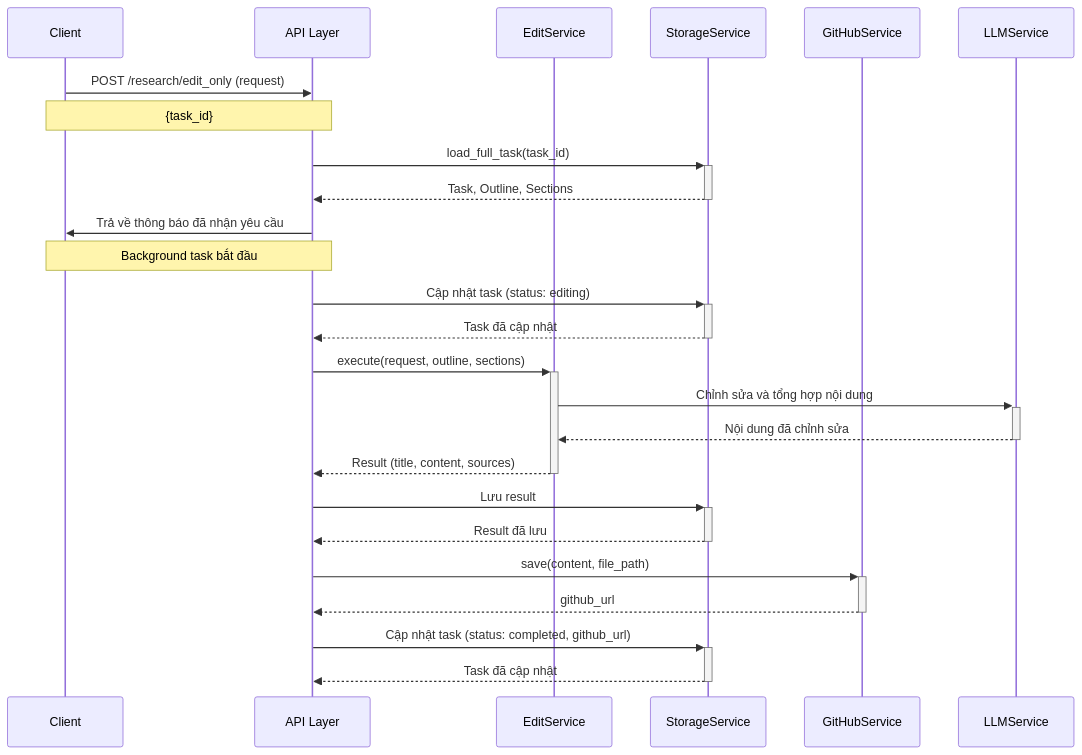
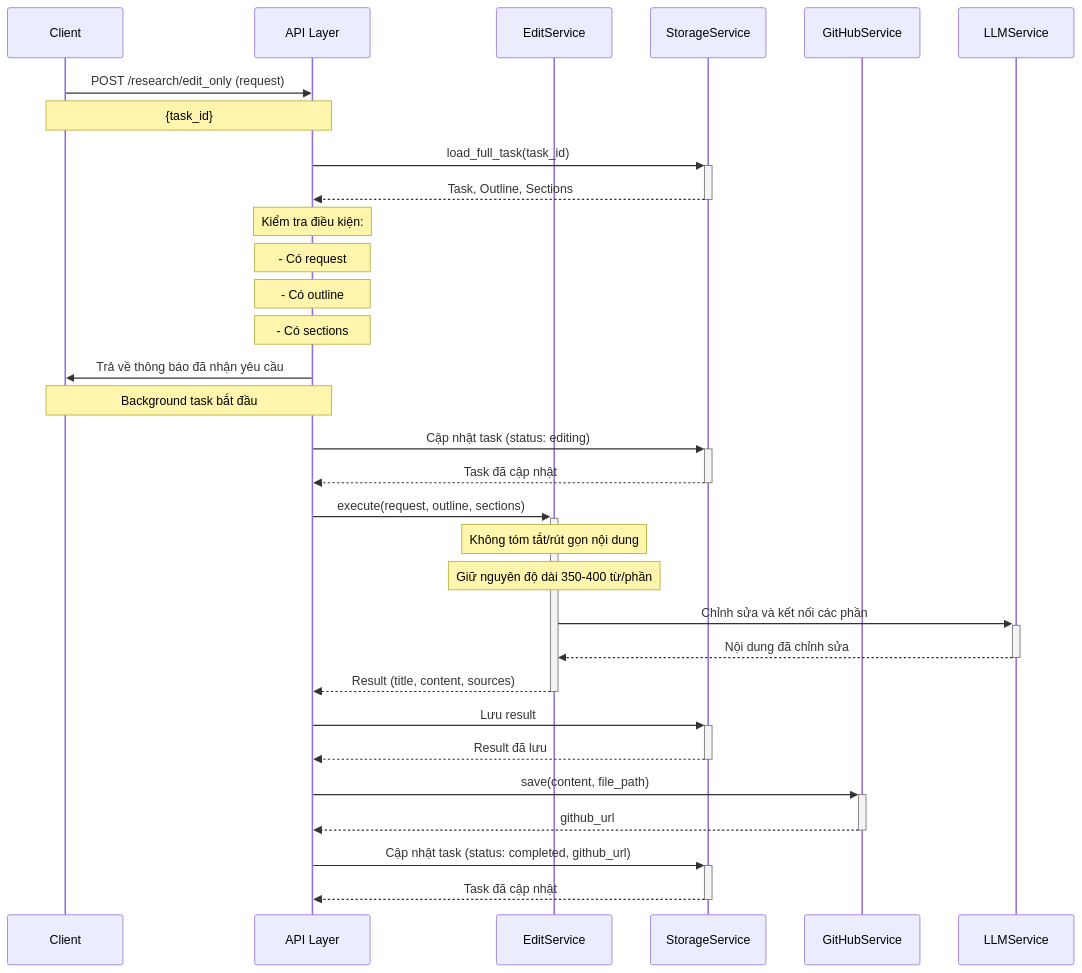
Before and after one commit to phuc-nt/deep-research-agent-python: the third of 8 diagrams in docs/sequence_diagrams.md, drawn with Mermaid. The commit also changed other lines of this file and 7 other files, not shown here.

Commit message:
Cập nhật tính toán total_time cho các endpoint POST và cập nhật tài liệu API

````diff
--- a/docs/sequence_diagrams.md
+++ b/docs/sequence_diagrams.md
@@ -131,35 +135,42 @@
 ```mermaid
 sequenceDiagram
     participant Client
     participant API as API Layer
     participant EditService
     participant StorageService
     participant GitHubService
     participant LLMService
     
     Client->>API: POST /research/edit_only (request)
     Note over Client,API: {task_id}
     
     API->>+StorageService: load_full_task(task_id)
     StorageService-->>-API: Task, Outline, Sections
     
+    Note over API: Kiểm tra điều kiện:
+    Note over API: - Có request
+    Note over API: - Có outline
+    Note over API: - Có sections
+    
     API->>Client: Trả về thông báo đã nhận yêu cầu
     Note over API,Client: Background task bắt đầu
     
     API->>+StorageService: Cập nhật task (status: editing)
     StorageService-->>-API: Task đã cập nhật
     
     API->>+EditService: execute(request, outline, sections)
-    EditService->>+LLMService: Chỉnh sửa và tổng hợp nội dung
+    Note over EditService: Không tóm tắt/rút gọn nội dung
+    Note over EditService: Giữ nguyên độ dài 350-400 từ/phần
+    EditService->>+LLMService: Chỉnh sửa và kết nối các phần
     LLMService-->>-EditService: Nội dung đã chỉnh sửa
     EditService-->>-API: Result (title, content, sources)
     
     API->>+StorageService: Lưu result
     StorageService-->>-API: Result đã lưu
     
     API->>+GitHubService: save(content, file_path)
     GitHubService-->>-API: github_url
     
     API->>+StorageService: Cập nhật task (status: completed, github_url)
     StorageService-->>-API: Task đã cập nhật
 ```
````
